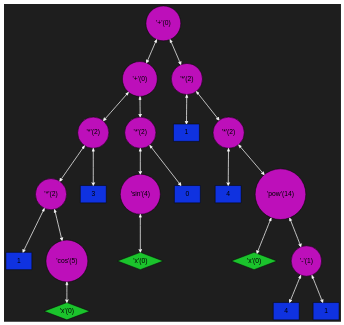
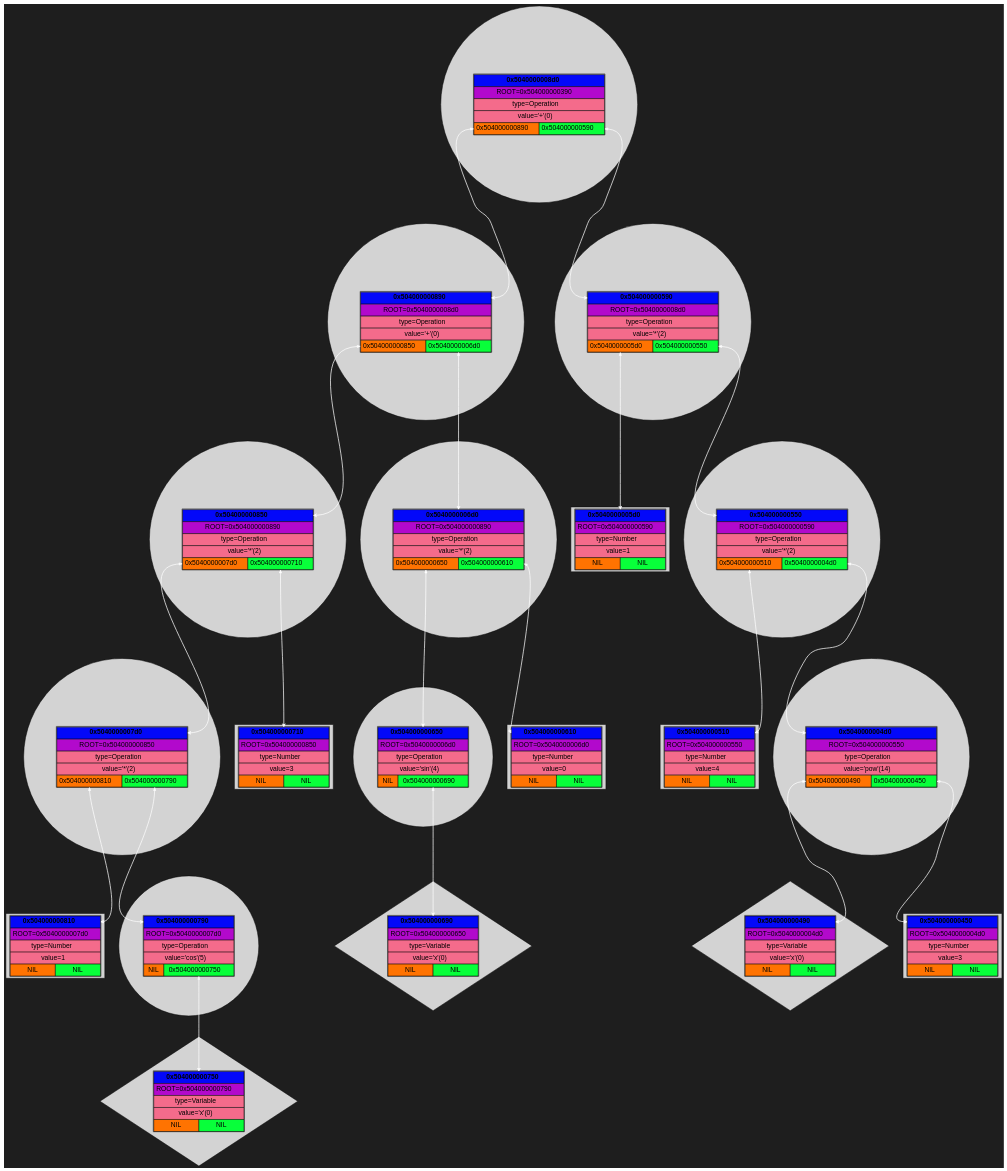
The diagram in Dump/graph.dot (Kabuto-Mainer/Diff), drawn with Graphviz before and after one commit. The commit also changed 10 other files, not shown here.

```diff
--- a/Dump/graph.dot
+++ b/Dump/graph.dot
@@ -6,46 +6,251 @@
   node [shape=plaintext, style=filled, fontname="Helvetica"];
   edge [arrowhead=vee, arrowsize=0.6, penwidth=1.2];
 
-block_0x504000000810 [shape=box, style=filled, fillcolor="#0f32e0ff", label="1"];
-block_0x504000000750 [shape=diamond, style=filled, fillcolor="#1bc32cff", label="'x'(0)"];
-block_0x504000000790 [shape=circle, style=filled, fillcolor="#bd0fbaff", label="'cos'(5)"];
-block_0x5040000007d0 [shape=circle, style=filled, fillcolor="#bd0fbaff", label="'*'(2)"];
-block_0x504000000710 [shape=box, style=filled, fillcolor="#0f32e0ff", label="3"];
-block_0x504000000850 [shape=circle, style=filled, fillcolor="#bd0fbaff", label="'*'(2)"];
-block_0x504000000690 [shape=diamond, style=filled, fillcolor="#1bc32cff", label="'x'(0)"];
-block_0x504000000650 [shape=circle, style=filled, fillcolor="#bd0fbaff", label="'sin'(4)"];
-block_0x504000000610 [shape=box, style=filled, fillcolor="#0f32e0ff", label="0"];
-block_0x5040000006d0 [shape=circle, style=filled, fillcolor="#bd0fbaff", label="'*'(2)"];
-block_0x504000000890 [shape=circle, style=filled, fillcolor="#bd0fbaff", label="'+'(0)"];
-block_0x5040000005d0 [shape=box, style=filled, fillcolor="#0f32e0ff", label="1"];
-block_0x504000000510 [shape=box, style=filled, fillcolor="#0f32e0ff", label="4"];
-block_0x504000000490 [shape=diamond, style=filled, fillcolor="#1bc32cff", label="'x'(0)"];
-block_0x504000000410 [shape=box, style=filled, fillcolor="#0f32e0ff", label="4"];
-block_0x5040000003d0 [shape=box, style=filled, fillcolor="#0f32e0ff", label="1"];
-block_0x504000000450 [shape=circle, style=filled, fillcolor="#bd0fbaff", label="'-'(1)"];
-block_0x5040000004d0 [shape=circle, style=filled, fillcolor="#bd0fbaff", label="'pow'(14)"];
-block_0x504000000550 [shape=circle, style=filled, fillcolor="#bd0fbaff", label="'*'(2)"];
-block_0x504000000590 [shape=circle, style=filled, fillcolor="#bd0fbaff", label="'*'(2)"];
-block_0x5040000008d0 [shape=circle, style=filled, fillcolor="#bd0fbaff", label="'+'(0)"];
-block_0x504000000790 -> block_0x504000000750 [color="#fefefeff", penwidth = 1.5, arrowsize = 0.6, constraint = true, dir = both];
-block_0x5040000007d0 -> block_0x504000000790 [color="#fefefeff", penwidth = 1.5, arrowsize = 0.6, constraint = true, dir = both];
-block_0x5040000007d0 -> block_0x504000000810 [color="#ffffffff", penwidth = 1.5, arrowsize = 0.6, constraint = true, dir = both];
-block_0x504000000850 -> block_0x504000000710 [color="#fefefeff", penwidth = 1.5, arrowsize = 0.6, constraint = true, dir = both];
-block_0x504000000850 -> block_0x5040000007d0 [color="#ffffffff", penwidth = 1.5, arrowsize = 0.6, constraint = true, dir = both];
-block_0x504000000650 -> block_0x504000000690 [color="#fefefeff", penwidth = 1.5, arrowsize = 0.6, constraint = true, dir = both];
-block_0x5040000006d0 -> block_0x504000000610 [color="#fefefeff", penwidth = 1.5, arrowsize = 0.6, constraint = true, dir = both];
-block_0x5040000006d0 -> block_0x504000000650 [color="#ffffffff", penwidth = 1.5, arrowsize = 0.6, constraint = true, dir = both];
-block_0x504000000890 -> block_0x5040000006d0 [color="#fefefeff", penwidth = 1.5, arrowsize = 0.6, constraint = true, dir = both];
-block_0x504000000890 -> block_0x504000000850 [color="#ffffffff", penwidth = 1.5, arrowsize = 0.6, constraint = true, dir = both];
-block_0x504000000450 -> block_0x5040000003d0 [color="#fefefeff", penwidth = 1.5, arrowsize = 0.6, constraint = true, dir = both];
-block_0x504000000450 -> block_0x504000000410 [color="#ffffffff", penwidth = 1.5, arrowsize = 0.6, constraint = true, dir = both];
-block_0x5040000004d0 -> block_0x504000000450 [color="#fefefeff", penwidth = 1.5, arrowsize = 0.6, constraint = true, dir = both];
-block_0x5040000004d0 -> block_0x504000000490 [color="#ffffffff", penwidth = 1.5, arrowsize = 0.6, constraint = true, dir = both];
-block_0x504000000550 -> block_0x5040000004d0 [color="#fefefeff", penwidth = 1.5, arrowsize = 0.6, constraint = true, dir = both];
-block_0x504000000550 -> block_0x504000000510 [color="#ffffffff", penwidth = 1.5, arrowsize = 0.6, constraint = true, dir = both];
-block_0x504000000590 -> block_0x504000000550 [color="#fefefeff", penwidth = 1.5, arrowsize = 0.6, constraint = true, dir = both];
-block_0x504000000590 -> block_0x5040000005d0 [color="#ffffffff", penwidth = 1.5, arrowsize = 0.6, constraint = true, dir = both];
-block_0x5040000008d0 -> block_0x504000000590 [color="#fefefeff", penwidth = 1.5, arrowsize = 0.6, constraint = true, dir = both];
-block_0x5040000008d0 -> block_0x504000000890 [color="#ffffffff", penwidth = 1.5, arrowsize = 0.6, constraint = true, dir = both];
+block_0x504000000810 [shape=box, label=<
+<TABLE CELLSPACING="0" CELLPADDING="4">
+<TR><TD PORT="root" BGCOLOR="#0308f9ff" COLSPAN="2"><B>0x504000000810</B></TD></TR>
+<TR><TD BGCOLOR="#b209ccff" COLSPAN="2">ROOT=0x5040000007d0</TD></TR>
+<TR><TD BGCOLOR="#f46b8bff" COLSPAN="2">type=Number</TD></TR>
+<TR><TD BGCOLOR="#f46b8bff" COLSPAN="2">value=1</TD></TR>
+<TR>
+<TD PORT="left" BGCOLOR="#ff7301ff">NIL</TD>
+<TD PORT="right" BGCOLOR="#08ff3aff">NIL</TD>
+</TR>
+</TABLE> >];
+
+block_0x504000000750 [shape=diamond, label=<
+<TABLE CELLSPACING="0" CELLPADDING="4">
+<TR><TD PORT="root" BGCOLOR="#0308f9ff" COLSPAN="2"><B>0x504000000750</B></TD></TR>
+<TR><TD BGCOLOR="#b209ccff" COLSPAN="2">ROOT=0x504000000790</TD></TR>
+<TR><TD BGCOLOR="#f46b8bff" COLSPAN="2">type=Variable</TD></TR>
+<TR><TD BGCOLOR="#f46b8bff" COLSPAN="2">value='x'(0)</TD></TR>
+<TR>
+<TD PORT="left" BGCOLOR="#ff7301ff">NIL</TD>
+<TD PORT="right" BGCOLOR="#08ff3aff">NIL</TD>
+</TR>
+</TABLE> >];
+
+block_0x504000000790 [shape=circle, label=<
+<TABLE CELLSPACING="0" CELLPADDING="4">
+<TR><TD PORT="root" BGCOLOR="#0308f9ff" COLSPAN="2"><B>0x504000000790</B></TD></TR>
+<TR><TD BGCOLOR="#b209ccff" COLSPAN="2">ROOT=0x5040000007d0</TD></TR>
+<TR><TD BGCOLOR="#f46b8bff" COLSPAN="2">type=Operation</TD></TR>
+<TR><TD BGCOLOR="#f46b8bff" COLSPAN="2">value='cos'(5)</TD></TR>
+<TR>
+<TD PORT="left" BGCOLOR="#ff7301ff">NIL</TD>
+<TD PORT="right" BGCOLOR="#08ff3aff">0x504000000750</TD>
+</TR>
+</TABLE> >];
+
+block_0x5040000007d0 [shape=circle, label=<
+<TABLE CELLSPACING="0" CELLPADDING="4">
+<TR><TD PORT="root" BGCOLOR="#0308f9ff" COLSPAN="2"><B>0x5040000007d0</B></TD></TR>
+<TR><TD BGCOLOR="#b209ccff" COLSPAN="2">ROOT=0x504000000850</TD></TR>
+<TR><TD BGCOLOR="#f46b8bff" COLSPAN="2">type=Operation</TD></TR>
+<TR><TD BGCOLOR="#f46b8bff" COLSPAN="2">value='*'(2)</TD></TR>
+<TR>
+<TD PORT="left" BGCOLOR="#ff7301ff">0x504000000810</TD>
+<TD PORT="right" BGCOLOR="#08ff3aff">0x504000000790</TD>
+</TR>
+</TABLE> >];
+
+block_0x504000000710 [shape=box, label=<
+<TABLE CELLSPACING="0" CELLPADDING="4">
+<TR><TD PORT="root" BGCOLOR="#0308f9ff" COLSPAN="2"><B>0x504000000710</B></TD></TR>
+<TR><TD BGCOLOR="#b209ccff" COLSPAN="2">ROOT=0x504000000850</TD></TR>
+<TR><TD BGCOLOR="#f46b8bff" COLSPAN="2">type=Number</TD></TR>
+<TR><TD BGCOLOR="#f46b8bff" COLSPAN="2">value=3</TD></TR>
+<TR>
+<TD PORT="left" BGCOLOR="#ff7301ff">NIL</TD>
+<TD PORT="right" BGCOLOR="#08ff3aff">NIL</TD>
+</TR>
+</TABLE> >];
+
+block_0x504000000850 [shape=circle, label=<
+<TABLE CELLSPACING="0" CELLPADDING="4">
+<TR><TD PORT="root" BGCOLOR="#0308f9ff" COLSPAN="2"><B>0x504000000850</B></TD></TR>
+<TR><TD BGCOLOR="#b209ccff" COLSPAN="2">ROOT=0x504000000890</TD></TR>
+<TR><TD BGCOLOR="#f46b8bff" COLSPAN="2">type=Operation</TD></TR>
+<TR><TD BGCOLOR="#f46b8bff" COLSPAN="2">value='*'(2)</TD></TR>
+<TR>
+<TD PORT="left" BGCOLOR="#ff7301ff">0x5040000007d0</TD>
+<TD PORT="right" BGCOLOR="#08ff3aff">0x504000000710</TD>
+</TR>
+</TABLE> >];
+
+block_0x504000000690 [shape=diamond, label=<
+<TABLE CELLSPACING="0" CELLPADDING="4">
+<TR><TD PORT="root" BGCOLOR="#0308f9ff" COLSPAN="2"><B>0x504000000690</B></TD></TR>
+<TR><TD BGCOLOR="#b209ccff" COLSPAN="2">ROOT=0x504000000650</TD></TR>
+<TR><TD BGCOLOR="#f46b8bff" COLSPAN="2">type=Variable</TD></TR>
+<TR><TD BGCOLOR="#f46b8bff" COLSPAN="2">value='x'(0)</TD></TR>
+<TR>
+<TD PORT="left" BGCOLOR="#ff7301ff">NIL</TD>
+<TD PORT="right" BGCOLOR="#08ff3aff">NIL</TD>
+</TR>
+</TABLE> >];
+
+block_0x504000000650 [shape=circle, label=<
+<TABLE CELLSPACING="0" CELLPADDING="4">
+<TR><TD PORT="root" BGCOLOR="#0308f9ff" COLSPAN="2"><B>0x504000000650</B></TD></TR>
+<TR><TD BGCOLOR="#b209ccff" COLSPAN="2">ROOT=0x5040000006d0</TD></TR>
+<TR><TD BGCOLOR="#f46b8bff" COLSPAN="2">type=Operation</TD></TR>
+<TR><TD BGCOLOR="#f46b8bff" COLSPAN="2">value='sin'(4)</TD></TR>
+<TR>
+<TD PORT="left" BGCOLOR="#ff7301ff">NIL</TD>
+<TD PORT="right" BGCOLOR="#08ff3aff">0x504000000690</TD>
+</TR>
+</TABLE> >];
+
+block_0x504000000610 [shape=box, label=<
+<TABLE CELLSPACING="0" CELLPADDING="4">
+<TR><TD PORT="root" BGCOLOR="#0308f9ff" COLSPAN="2"><B>0x504000000610</B></TD></TR>
+<TR><TD BGCOLOR="#b209ccff" COLSPAN="2">ROOT=0x5040000006d0</TD></TR>
+<TR><TD BGCOLOR="#f46b8bff" COLSPAN="2">type=Number</TD></TR>
+<TR><TD BGCOLOR="#f46b8bff" COLSPAN="2">value=0</TD></TR>
+<TR>
+<TD PORT="left" BGCOLOR="#ff7301ff">NIL</TD>
+<TD PORT="right" BGCOLOR="#08ff3aff">NIL</TD>
+</TR>
+</TABLE> >];
+
+block_0x5040000006d0 [shape=circle, label=<
+<TABLE CELLSPACING="0" CELLPADDING="4">
+<TR><TD PORT="root" BGCOLOR="#0308f9ff" COLSPAN="2"><B>0x5040000006d0</B></TD></TR>
+<TR><TD BGCOLOR="#b209ccff" COLSPAN="2">ROOT=0x504000000890</TD></TR>
+<TR><TD BGCOLOR="#f46b8bff" COLSPAN="2">type=Operation</TD></TR>
+<TR><TD BGCOLOR="#f46b8bff" COLSPAN="2">value='*'(2)</TD></TR>
+<TR>
+<TD PORT="left" BGCOLOR="#ff7301ff">0x504000000650</TD>
+<TD PORT="right" BGCOLOR="#08ff3aff">0x504000000610</TD>
+</TR>
+</TABLE> >];
+
+block_0x504000000890 [shape=circle, label=<
+<TABLE CELLSPACING="0" CELLPADDING="4">
+<TR><TD PORT="root" BGCOLOR="#0308f9ff" COLSPAN="2"><B>0x504000000890</B></TD></TR>
+<TR><TD BGCOLOR="#b209ccff" COLSPAN="2">ROOT=0x5040000008d0</TD></TR>
+<TR><TD BGCOLOR="#f46b8bff" COLSPAN="2">type=Operation</TD></TR>
+<TR><TD BGCOLOR="#f46b8bff" COLSPAN="2">value='+'(0)</TD></TR>
+<TR>
+<TD PORT="left" BGCOLOR="#ff7301ff">0x504000000850</TD>
+<TD PORT="right" BGCOLOR="#08ff3aff">0x5040000006d0</TD>
+</TR>
+</TABLE> >];
+
+block_0x5040000005d0 [shape=box, label=<
+<TABLE CELLSPACING="0" CELLPADDING="4">
+<TR><TD PORT="root" BGCOLOR="#0308f9ff" COLSPAN="2"><B>0x5040000005d0</B></TD></TR>
+<TR><TD BGCOLOR="#b209ccff" COLSPAN="2">ROOT=0x504000000590</TD></TR>
+<TR><TD BGCOLOR="#f46b8bff" COLSPAN="2">type=Number</TD></TR>
+<TR><TD BGCOLOR="#f46b8bff" COLSPAN="2">value=1</TD></TR>
+<TR>
+<TD PORT="left" BGCOLOR="#ff7301ff">NIL</TD>
+<TD PORT="right" BGCOLOR="#08ff3aff">NIL</TD>
+</TR>
+</TABLE> >];
+
+block_0x504000000510 [shape=box, label=<
+<TABLE CELLSPACING="0" CELLPADDING="4">
+<TR><TD PORT="root" BGCOLOR="#0308f9ff" COLSPAN="2"><B>0x504000000510</B></TD></TR>
+<TR><TD BGCOLOR="#b209ccff" COLSPAN="2">ROOT=0x504000000550</TD></TR>
+<TR><TD BGCOLOR="#f46b8bff" COLSPAN="2">type=Number</TD></TR>
+<TR><TD BGCOLOR="#f46b8bff" COLSPAN="2">value=4</TD></TR>
+<TR>
+<TD PORT="left" BGCOLOR="#ff7301ff">NIL</TD>
+<TD PORT="right" BGCOLOR="#08ff3aff">NIL</TD>
+</TR>
+</TABLE> >];
+
+block_0x504000000490 [shape=diamond, label=<
+<TABLE CELLSPACING="0" CELLPADDING="4">
+<TR><TD PORT="root" BGCOLOR="#0308f9ff" COLSPAN="2"><B>0x504000000490</B></TD></TR>
+<TR><TD BGCOLOR="#b209ccff" COLSPAN="2">ROOT=0x5040000004d0</TD></TR>
+<TR><TD BGCOLOR="#f46b8bff" COLSPAN="2">type=Variable</TD></TR>
+<TR><TD BGCOLOR="#f46b8bff" COLSPAN="2">value='x'(0)</TD></TR>
+<TR>
+<TD PORT="left" BGCOLOR="#ff7301ff">NIL</TD>
+<TD PORT="right" BGCOLOR="#08ff3aff">NIL</TD>
+</TR>
+</TABLE> >];
+
+block_0x504000000450 [shape=box, label=<
+<TABLE CELLSPACING="0" CELLPADDING="4">
+<TR><TD PORT="root" BGCOLOR="#0308f9ff" COLSPAN="2"><B>0x504000000450</B></TD></TR>
+<TR><TD BGCOLOR="#b209ccff" COLSPAN="2">ROOT=0x5040000004d0</TD></TR>
+<TR><TD BGCOLOR="#f46b8bff" COLSPAN="2">type=Number</TD></TR>
+<TR><TD BGCOLOR="#f46b8bff" COLSPAN="2">value=3</TD></TR>
+<TR>
+<TD PORT="left" BGCOLOR="#ff7301ff">NIL</TD>
+<TD PORT="right" BGCOLOR="#08ff3aff">NIL</TD>
+</TR>
+</TABLE> >];
+
+block_0x5040000004d0 [shape=circle, label=<
+<TABLE CELLSPACING="0" CELLPADDING="4">
+<TR><TD PORT="root" BGCOLOR="#0308f9ff" COLSPAN="2"><B>0x5040000004d0</B></TD></TR>
+<TR><TD BGCOLOR="#b209ccff" COLSPAN="2">ROOT=0x504000000550</TD></TR>
+<TR><TD BGCOLOR="#f46b8bff" COLSPAN="2">type=Operation</TD></TR>
+<TR><TD BGCOLOR="#f46b8bff" COLSPAN="2">value='pow'(14)</TD></TR>
+<TR>
+<TD PORT="left" BGCOLOR="#ff7301ff">0x504000000490</TD>
+<TD PORT="right" BGCOLOR="#08ff3aff">0x504000000450</TD>
+</TR>
+</TABLE> >];
+
+block_0x504000000550 [shape=circle, label=<
+<TABLE CELLSPACING="0" CELLPADDING="4">
+<TR><TD PORT="root" BGCOLOR="#0308f9ff" COLSPAN="2"><B>0x504000000550</B></TD></TR>
+<TR><TD BGCOLOR="#b209ccff" COLSPAN="2">ROOT=0x504000000590</TD></TR>
+<TR><TD BGCOLOR="#f46b8bff" COLSPAN="2">type=Operation</TD></TR>
+<TR><TD BGCOLOR="#f46b8bff" COLSPAN="2">value='*'(2)</TD></TR>
+<TR>
+<TD PORT="left" BGCOLOR="#ff7301ff">0x504000000510</TD>
+<TD PORT="right" BGCOLOR="#08ff3aff">0x5040000004d0</TD>
+</TR>
+</TABLE> >];
+
+block_0x504000000590 [shape=circle, label=<
+<TABLE CELLSPACING="0" CELLPADDING="4">
+<TR><TD PORT="root" BGCOLOR="#0308f9ff" COLSPAN="2"><B>0x504000000590</B></TD></TR>
+<TR><TD BGCOLOR="#b209ccff" COLSPAN="2">ROOT=0x5040000008d0</TD></TR>
+<TR><TD BGCOLOR="#f46b8bff" COLSPAN="2">type=Operation</TD></TR>
+<TR><TD BGCOLOR="#f46b8bff" COLSPAN="2">value='*'(2)</TD></TR>
+<TR>
+<TD PORT="left" BGCOLOR="#ff7301ff">0x5040000005d0</TD>
+<TD PORT="right" BGCOLOR="#08ff3aff">0x504000000550</TD>
+</TR>
+</TABLE> >];
+
+block_0x5040000008d0 [shape=circle, label=<
+<TABLE CELLSPACING="0" CELLPADDING="4">
+<TR><TD PORT="root" BGCOLOR="#0308f9ff" COLSPAN="2"><B>0x5040000008d0</B></TD></TR>
+<TR><TD BGCOLOR="#b209ccff" COLSPAN="2">ROOT=0x504000000390</TD></TR>
+<TR><TD BGCOLOR="#f46b8bff" COLSPAN="2">type=Operation</TD></TR>
+<TR><TD BGCOLOR="#f46b8bff" COLSPAN="2">value='+'(0)</TD></TR>
+<TR>
+<TD PORT="left" BGCOLOR="#ff7301ff">0x504000000890</TD>
+<TD PORT="right" BGCOLOR="#08ff3aff">0x504000000590</TD>
+</TR>
+</TABLE> >];
+
+block_0x504000000790:right -> block_0x504000000750:root [color="#fefefeff", penwidth = 1.5, arrowsize = 0.6, constraint = true, dir = both];
+block_0x5040000007d0:right -> block_0x504000000790:root [color="#fefefeff", penwidth = 1.5, arrowsize = 0.6, constraint = true, dir = both];
+block_0x5040000007d0:left -> block_0x504000000810:root [color="#ffffffff", penwidth = 1.5, arrowsize = 0.6, constraint = true, dir = both];
+block_0x504000000850:right -> block_0x504000000710:root [color="#fefefeff", penwidth = 1.5, arrowsize = 0.6, constraint = true, dir = both];
+block_0x504000000850:left -> block_0x5040000007d0:root [color="#ffffffff", penwidth = 1.5, arrowsize = 0.6, constraint = true, dir = both];
+block_0x504000000650:right -> block_0x504000000690:root [color="#fefefeff", penwidth = 1.5, arrowsize = 0.6, constraint = true, dir = both];
+block_0x5040000006d0:right -> block_0x504000000610:root [color="#fefefeff", penwidth = 1.5, arrowsize = 0.6, constraint = true, dir = both];
+block_0x5040000006d0:left -> block_0x504000000650:root [color="#ffffffff", penwidth = 1.5, arrowsize = 0.6, constraint = true, dir = both];
+block_0x504000000890:right -> block_0x5040000006d0:root [color="#fefefeff", penwidth = 1.5, arrowsize = 0.6, constraint = true, dir = both];
+block_0x504000000890:left -> block_0x504000000850:root [color="#ffffffff", penwidth = 1.5, arrowsize = 0.6, constraint = true, dir = both];
+block_0x5040000004d0:right -> block_0x504000000450:root [color="#fefefeff", penwidth = 1.5, arrowsize = 0.6, constraint = true, dir = both];
+block_0x5040000004d0:left -> block_0x504000000490:root [color="#ffffffff", penwidth = 1.5, arrowsize = 0.6, constraint = true, dir = both];
+block_0x504000000550:right -> block_0x5040000004d0:root [color="#fefefeff", penwidth = 1.5, arrowsize = 0.6, constraint = true, dir = both];
+block_0x504000000550:left -> block_0x504000000510:root [color="#ffffffff", penwidth = 1.5, arrowsize = 0.6, constraint = true, dir = both];
+block_0x504000000590:right -> block_0x504000000550:root [color="#fefefeff", penwidth = 1.5, arrowsize = 0.6, constraint = true, dir = both];
+block_0x504000000590:left -> block_0x5040000005d0:root [color="#ffffffff", penwidth = 1.5, arrowsize = 0.6, constraint = true, dir = both];
+block_0x5040000008d0:right -> block_0x504000000590:root [color="#fefefeff", penwidth = 1.5, arrowsize = 0.6, constraint = true, dir = both];
+block_0x5040000008d0:left -> block_0x504000000890:root [color="#ffffffff", penwidth = 1.5, arrowsize = 0.6, constraint = true, dir = both];
 
 }
```
